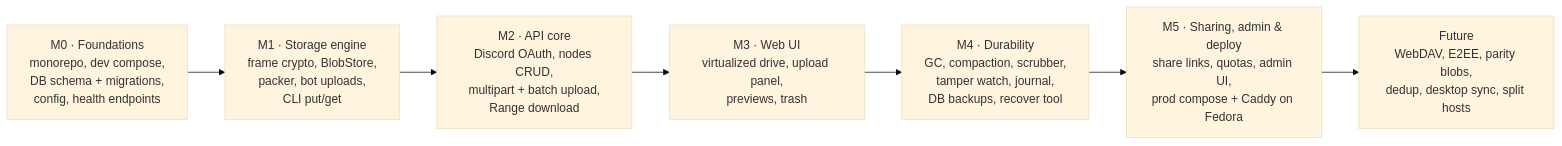
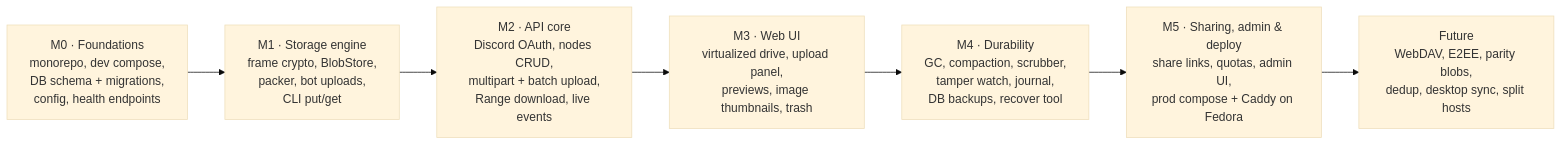
One commit to AlexB8675/DFS changed the tenth of 10 diagrams in docs/DESIGN.md. Above: the diagram before and after it, drawn with Mermaid (base theme). The commit also changed other lines of this file, not shown here.

````diff
--- a/docs/DESIGN.md
+++ b/docs/DESIGN.md
@@ -810,9 +864,9 @@
 ```mermaid
 flowchart LR
     M0["M0 · Foundations<br/>monorepo, dev compose,<br/>DB schema + migrations,<br/>config, health endpoints"] --> M1["M1 · Storage engine<br/>frame crypto, BlobStore,<br/>packer, bot uploads,<br/>CLI put/get"]
-    M1 --> M2["M2 · API core<br/>Discord OAuth, nodes CRUD,<br/>multipart + batch upload,<br/>Range download"]
-    M2 --> M3["M3 · Web UI<br/>virtualized drive, upload panel,<br/>previews, trash"]
+    M1 --> M2["M2 · API core<br/>Discord OAuth, nodes CRUD,<br/>multipart + batch upload,<br/>Range download, live events"]
+    M2 --> M3["M3 · Web UI<br/>virtualized drive, upload panel,<br/>previews, image thumbnails, trash"]
     M3 --> M4["M4 · Durability<br/>GC, compaction, scrubber,<br/>tamper watch, journal,<br/>DB backups, recover tool"]
     M4 --> M5["M5 · Sharing, admin & deploy<br/>share links, quotas, admin UI,<br/>prod compose + Caddy on Fedora"]
     M5 --> F["Future<br/>WebDAV, E2EE, parity blobs,<br/>dedup, desktop sync, split hosts"]
 ```
````
